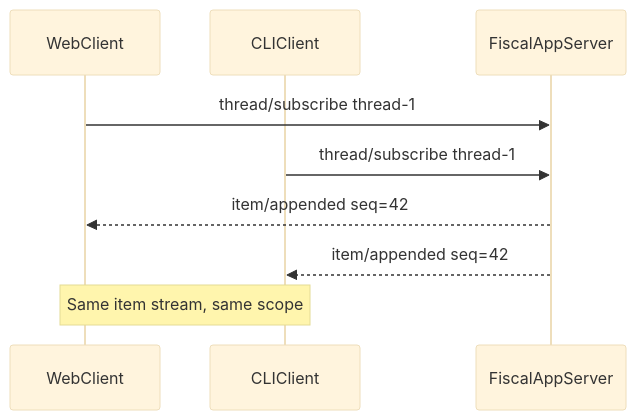
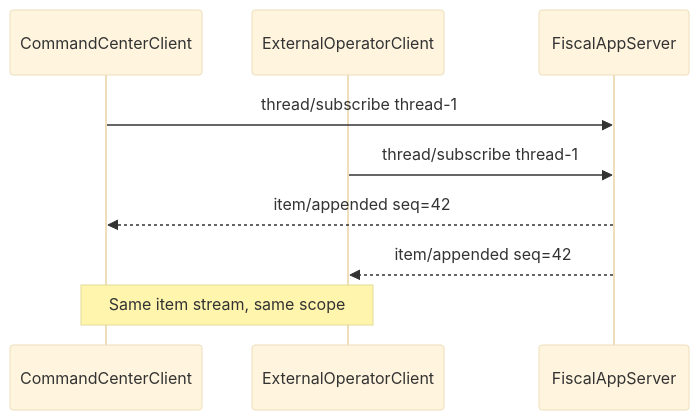
One commit to arkelythex/drenyra-command-center changed the second of 2 diagrams in docs/14-design/fiscal-app-server.md. Above: the diagram before and after it, drawn with Mermaid (base theme). The commit also changed other lines of this file and 354 other files, not shown here.

````diff
--- a/docs/14-design/fiscal-app-server.md
+++ b/docs/14-design/fiscal-app-server.md
@@ -271,12 +271,12 @@
 ```mermaid
 sequenceDiagram
-  participant Web as WebClient
-  participant CLI as CLIClient
+  participant Web as CommandCenterClient
+  participant Operator as ExternalOperatorClient
   participant DFAS as FiscalAppServer
 
   Web->>DFAS: thread/subscribe thread-1
-  CLI->>DFAS: thread/subscribe thread-1
+  Operator->>DFAS: thread/subscribe thread-1
   DFAS-->>Web: item/appended seq=42
-  DFAS-->>CLI: item/appended seq=42
-  Note over Web,CLI: Same item stream, same scope
+  DFAS-->>Operator: item/appended seq=42
+  Note over Web,Operator: Same item stream, same scope
 ```
````
